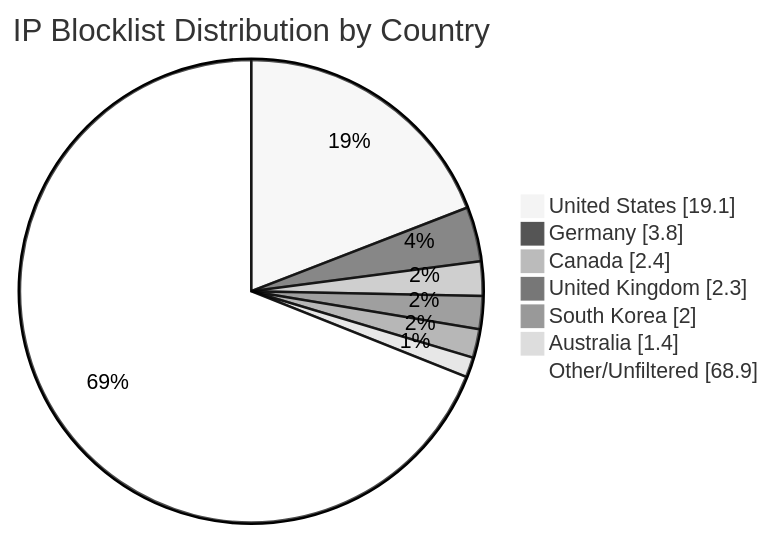
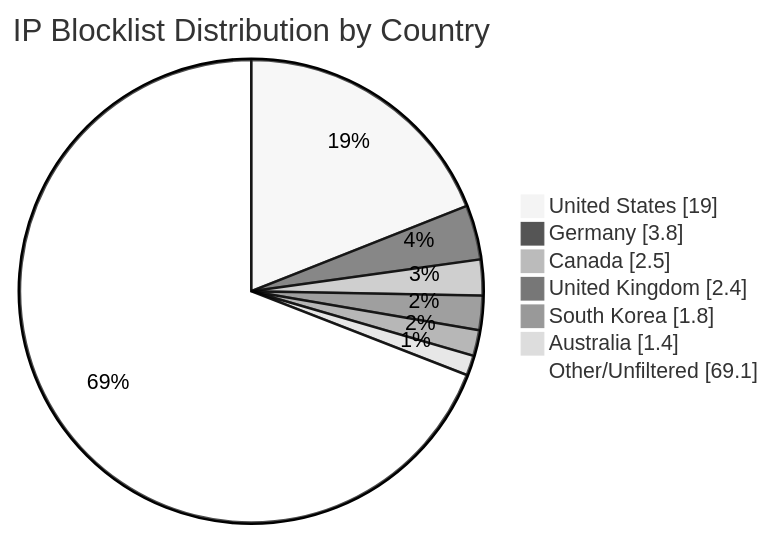
The diagram in README.md (MarcusHoltz/ipblocklist-geofiltered-aggregator), drawn with Mermaid (neutral theme) before and after one commit. The commit also changed other lines of this file and 9 other files, not shown here.

````diff
--- a/README.md
+++ b/README.md
@@ -34,10 +34,10 @@
 ```mermaid
 pie showData title IP Blocklist Distribution by Country
-"United States" : 19.1
+"United States" : 19.0
 "Germany" : 3.8
-"Canada" : 2.4
-"United Kingdom" : 2.3
-"South Korea" : 2.0
+"Canada" : 2.5
+"United Kingdom" : 2.4
+"South Korea" : 1.8
 "Australia" : 1.4
-"Other/Unfiltered" : 68.9
+"Other/Unfiltered" : 69.1
 ```
````
